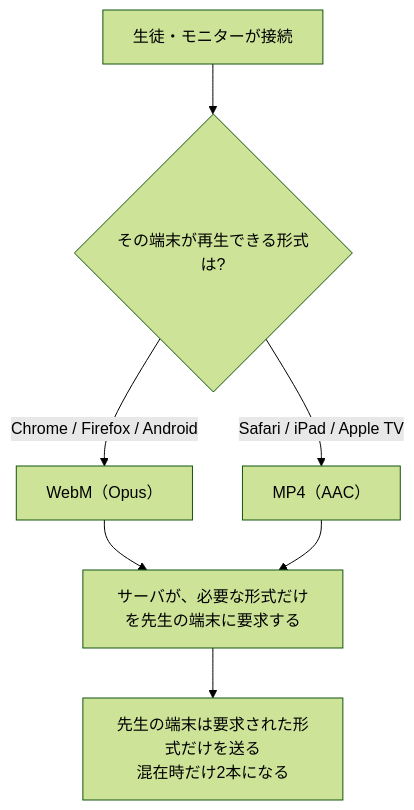
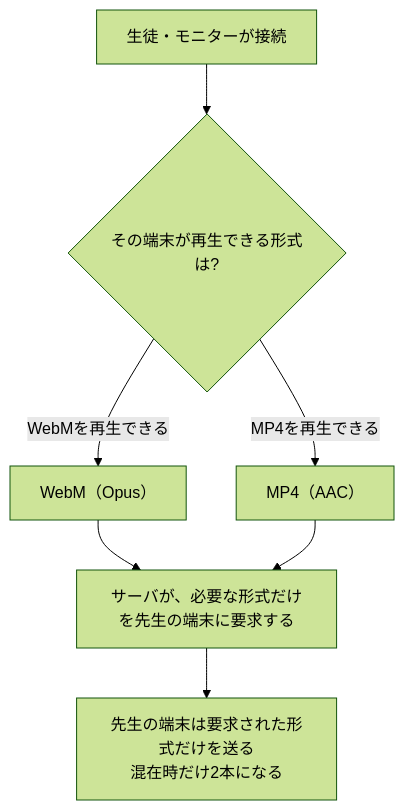
The first of 2 diagrams in README.md (424m-lang/enkaku-jugyou), drawn with Mermaid (forest theme) before and after one commit. The commit also changed other lines of this file and 19 other files, not shown here.

````diff
--- a/README.md
+++ b/README.md
@@ -118,9 +119,9 @@
 ```mermaid
 flowchart TD
   A["生徒・モニターが接続"] --> B{"その端末が再生できる形式は?"}
-  B -->|"Chrome / Firefox / Android"| C["WebM（Opus）"]
-  B -->|"Safari / iPad / Apple TV"| D["MP4（AAC）"]
+  B -->|"WebMを再生できる"| C["WebM（Opus）"]
+  B -->|"MP4を再生できる"| D["MP4（AAC）"]
   C --> E["サーバが、必要な形式だけを先生の端末に要求する"]
   D --> E
   E --> F["先生の端末は要求された形式だけを送る<br/>混在時だけ2本になる"]
 ```
````
